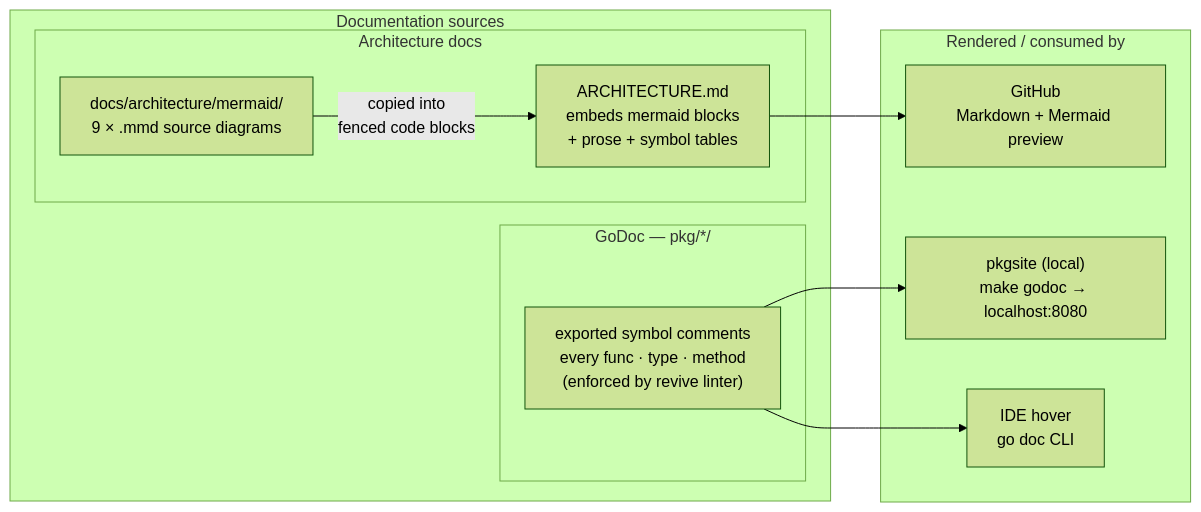
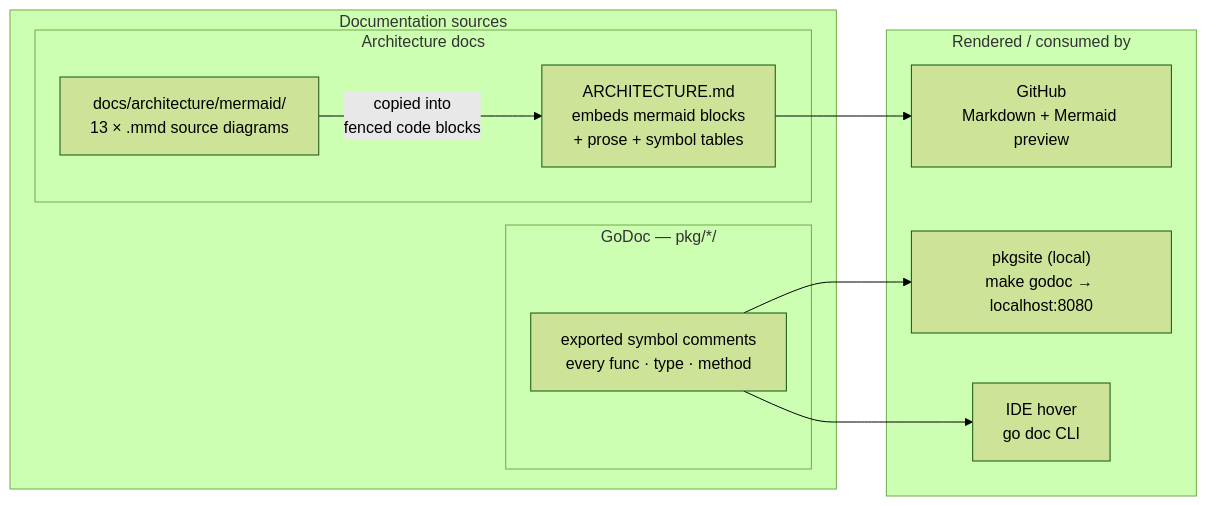
Before and after one commit to BCBP-SOLUTIONS-FZC-LLC/platform-events: diagram 13 of 13 in ARCHITECTURE.md, drawn with Mermaid (forest theme). The commit also changed other lines of this file and 27 other files, not shown here.

First line of the commit message:
docs: restructure README and ARCHITECTURE, document DLQ forwarding

````diff
--- a/ARCHITECTURE.md
+++ b/ARCHITECTURE.md
@@ -882,24 +1349,24 @@
 ```mermaid
 graph LR
     subgraph sources["Documentation sources"]
         subgraph godoc_src["GoDoc  —  pkg/*/"]
-            sym["exported symbol comments\nevery func · type · method\n(enforced by revive linter)"]
+            sym["exported symbol comments\nevery func · type · method"]
         end
 
         subgraph arch_src["Architecture docs"]
-            mmd_files["docs/architecture/mermaid/\n9 × .mmd source diagrams"]
+            mmd_files["docs/architecture/mermaid/\n13 × .mmd source diagrams"]
             arch_md["ARCHITECTURE.md\nembeds mermaid blocks\n+ prose + symbol tables"]
         end
     end
 
     subgraph rendered["Rendered / consumed by"]
         pkgsite["pkgsite (local)\nmake godoc → localhost:8080"]
         github_md["GitHub\nMarkdown + Mermaid preview"]
         ide["IDE hover\ngo doc CLI"]
     end
 
     sym     --> pkgsite
     sym     --> ide
     mmd_files -->|"copied into\nfenced code blocks"| arch_md
     arch_md --> github_md
 ```
````
